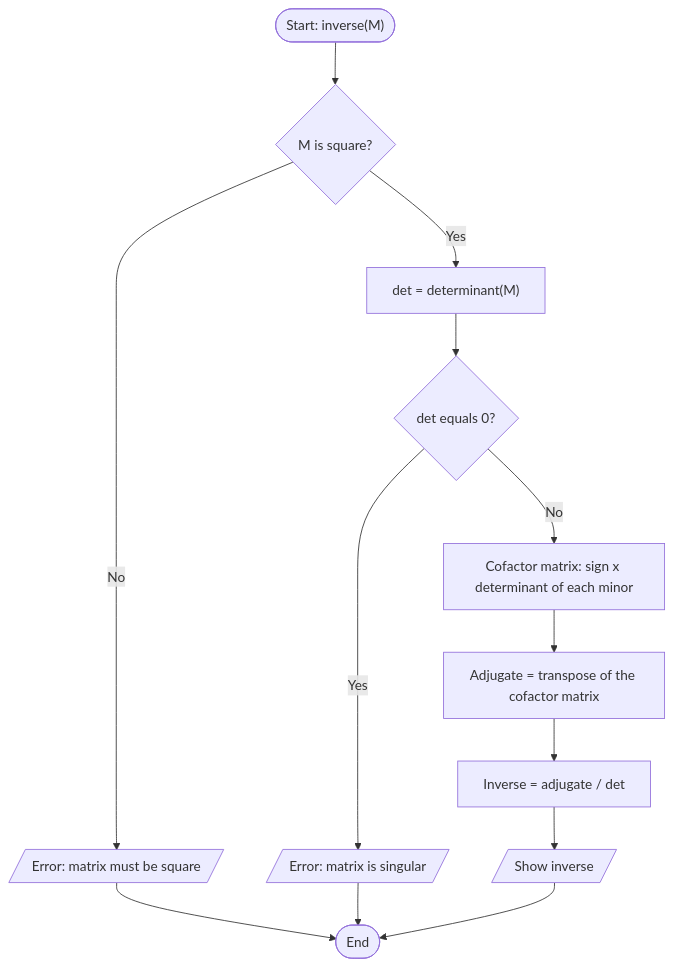
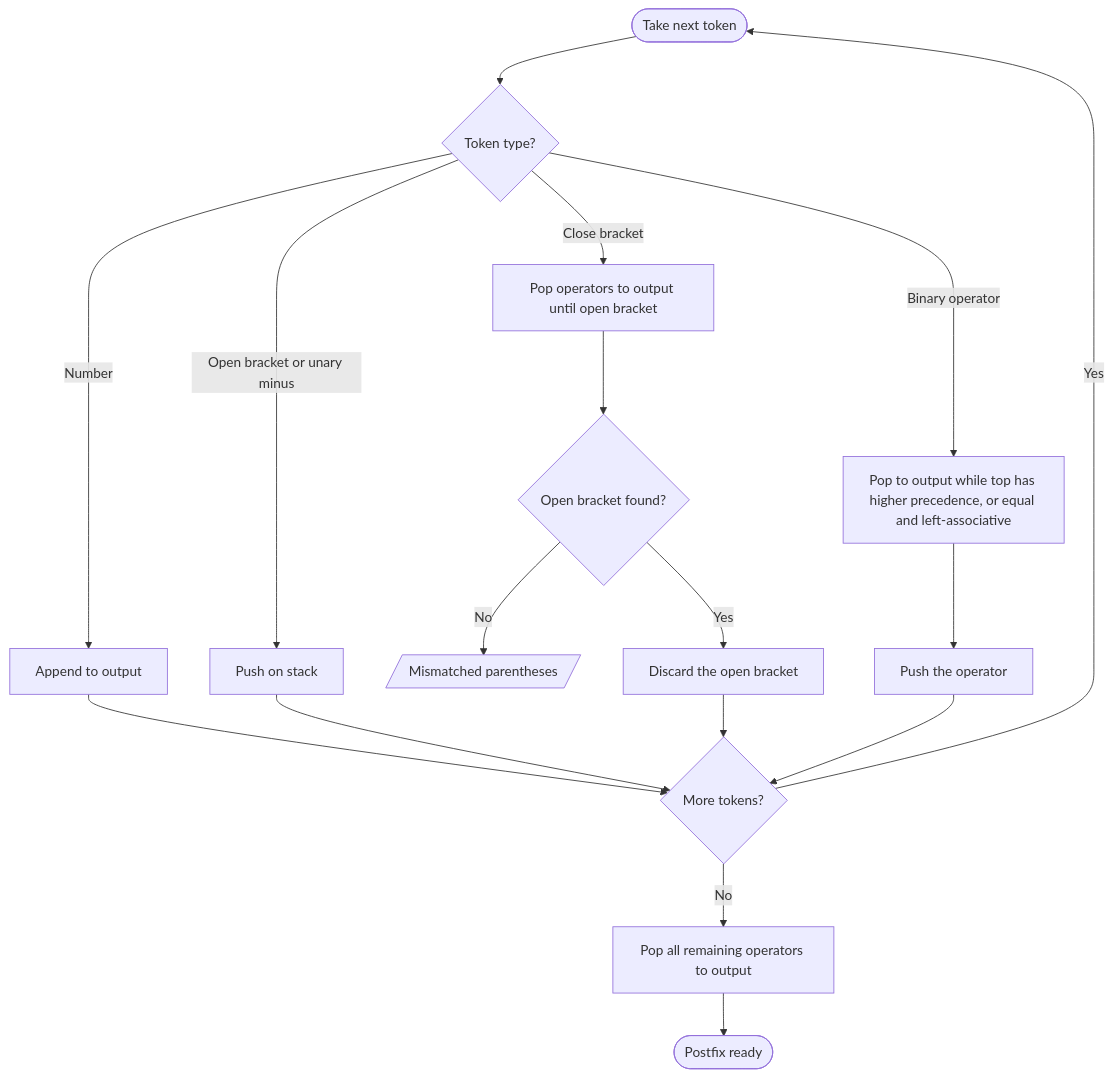
The second of 2 diagrams in README.md (AtlaSwathi29/2026_27_CSE4-221_python_programming), drawn with Mermaid before and after one commit. The commit also changed other lines of this file and 5 other files, not shown here.

````diff
--- a/README.md
+++ b/README.md
@@ -78,15 +81,19 @@
 ```mermaid
 flowchart TD
-    A(["Start: inverse(M)"]) --> B{"M is square?"}
-    B -- No --> ERR[/"Error: matrix must be square"/]
-    B -- Yes --> C["det = determinant(M)"]
-    C --> D{"det equals 0?"}
-    D -- Yes --> ERR2[/"Error: matrix is singular"/]
-    D -- No --> E["Cofactor matrix: sign x determinant of each minor"]
-    E --> F["Adjugate = transpose of the cofactor matrix"]
-    F --> G["Inverse = adjugate / det"]
-    G --> H[/"Show inverse"/]
-    H --> Z(["End"])
-    ERR --> Z
-    ERR2 --> Z
+    A(["Take next token"]) --> B{"Token type?"}
+    B -- "Number" --> C["Append to output"]
+    B -- "Open bracket or unary minus" --> D["Push on stack"]
+    B -- "Close bracket" --> E["Pop operators to output until open bracket"]
+    E --> F{"Open bracket found?"}
+    F -- No --> ERR[/"Mismatched parentheses"/]
+    F -- Yes --> G["Discard the open bracket"]
+    B -- "Binary operator" --> H["Pop to output while top has higher precedence, or equal and left-associative"]
+    H --> I["Push the operator"]
+    C --> J{"More tokens?"}
+    D --> J
+    G --> J
+    I --> J
+    J -- Yes --> A
+    J -- No --> K["Pop all remaining operators to output"]
+    K --> L(["Postfix ready"])
 ```
````
